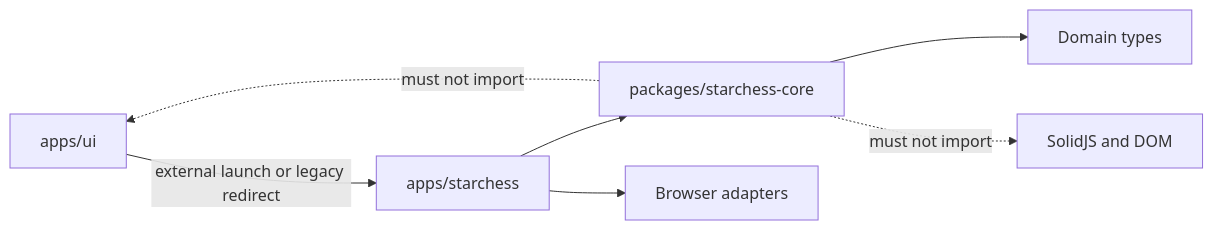
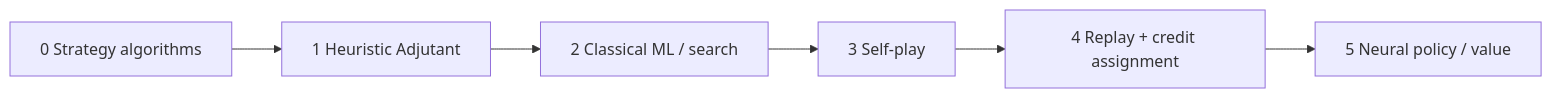
Before and after one commit to proveo-ca/chess-coach: the diagram in PLAN.md, drawn with Mermaid. The commit also changed other lines of this file and 66 other files, not shown here.

````diff
--- a/PLAN.md
+++ b/PLAN.md
@@ -294,9 +20,8 @@
 ```mermaid
 flowchart LR
-  MainUi[apps/ui] -->|"external launch or legacy redirect"| StarApp[apps/starchess]
-  StarApp --> StarCore[packages/starchess-core]
-  StarApp --> BrowserAdapters[Browser adapters]
-  StarCore --> DomainTypes[Domain types]
-  StarCore -.->|"must not import"| MainUi
-  StarCore -.->|"must not import"| Solid[SolidJS and DOM]
+  S[0 Strategy algorithms] --> A[1 Heuristic Adjutant]
+  A --> B[2 Classical ML / search]
+  B --> C[3 Self-play]
+  C --> D[4 Replay + credit assignment]
+  D --> E[5 Neural policy / value]
 ```
````
